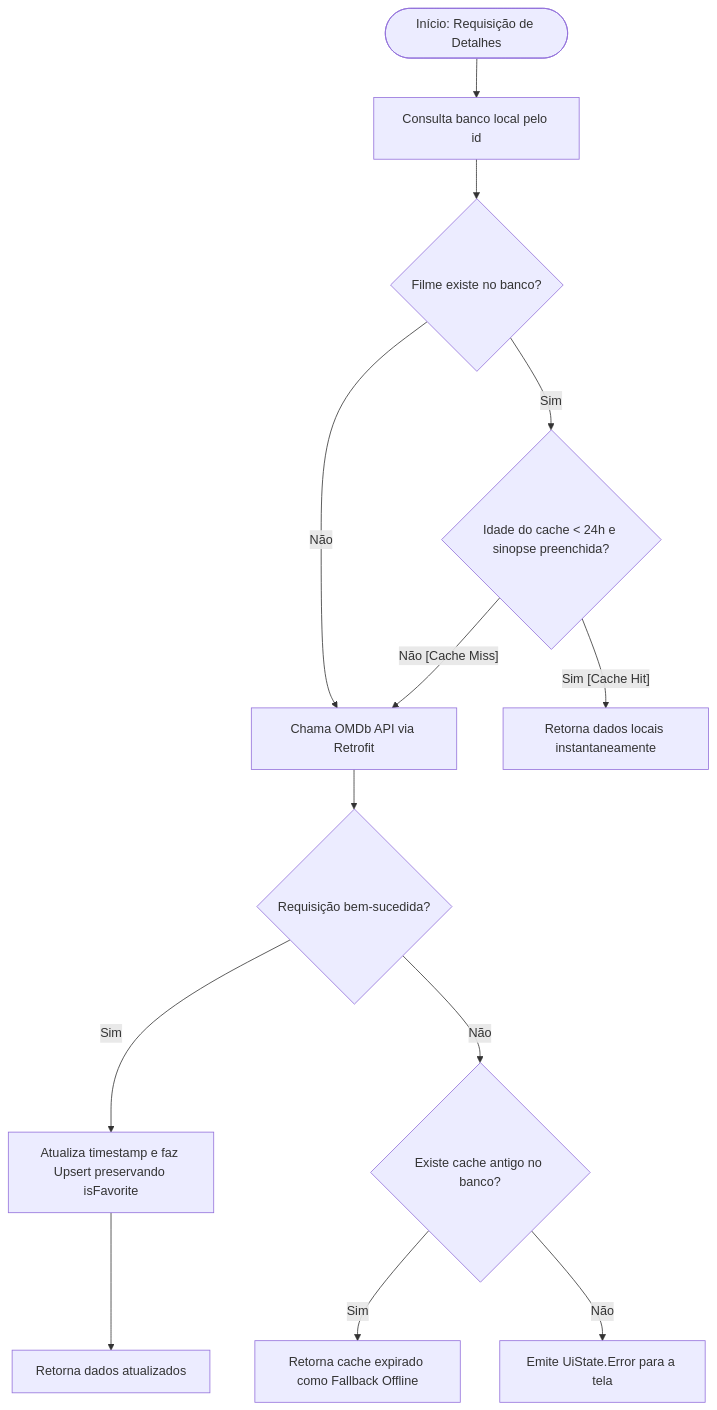
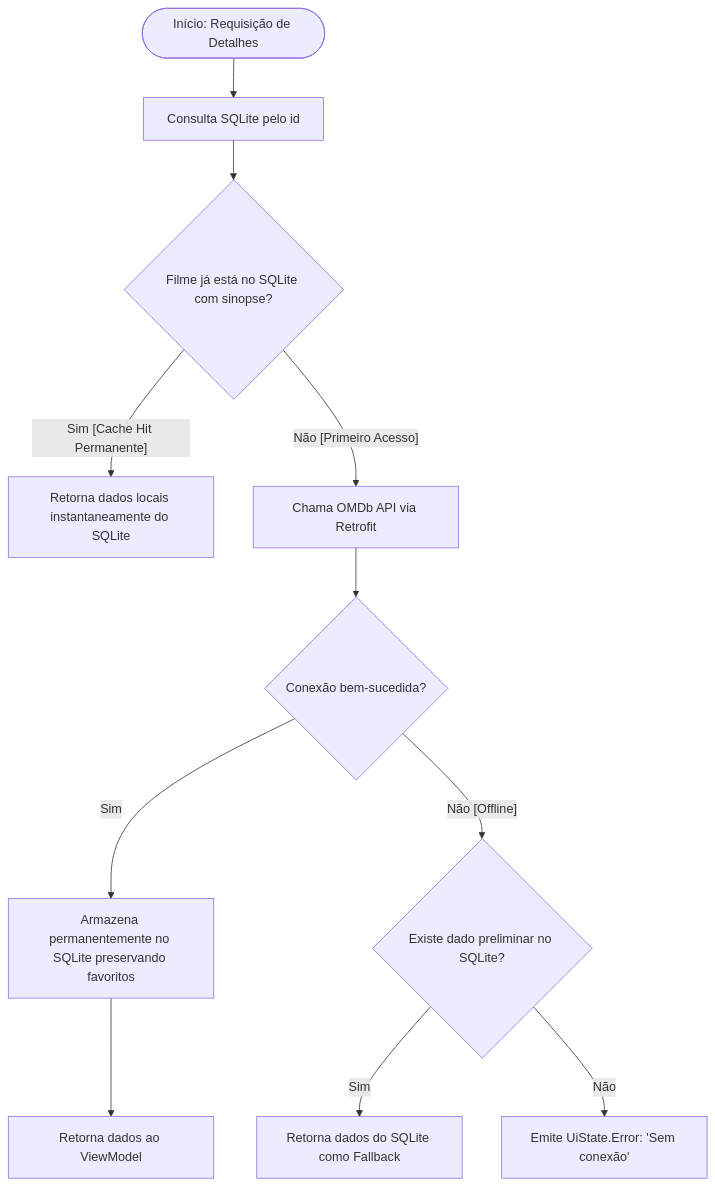
Before and after one commit to madsondecarvalho/uern-unidade3-programacao-de-dispositivos-moveis-2026.2: the diagram in docs/caching_strategy.md, drawn with Mermaid. The commit also changed other lines of this file and 31 other files, not shown here.

````diff
--- a/docs/caching_strategy.md
+++ b/docs/caching_strategy.md
@@ -88,19 +107,16 @@
 ```mermaid
 flowchart TD
-    Start([Início: Requisição de Detalhes]) --> CheckDB[Consulta banco local pelo id]
-    CheckDB --> Exists{Filme existe no banco?}
+    Start([Início: Requisição de Detalhes]) --> CheckDB[Consulta SQLite pelo id]
+    CheckDB --> Exists{Filme já está no SQLite com sinopse?}
     
-    Exists -- Não --> FetchAPI[Chama OMDb API via Retrofit]
-    Exists -- Sim --> CheckTime{Idade do cache < 24h e sinopse preenchida?}
+    Exists -- Sim [Cache Hit Permanente] --> ReturnLocal[Retorna dados locais instantaneamente do SQLite]
+    Exists -- Não [Primeiro Acesso] --> FetchAPI[Chama OMDb API via Retrofit]
     
-    CheckTime -- Sim [Cache Hit] --> ReturnLocal[Retorna dados locais instantaneamente]
-    CheckTime -- Não [Cache Miss] --> FetchAPI
+    FetchAPI --> NetworkOK{Conexão bem-sucedida?}
+    NetworkOK -- Sim --> UpsertDB[Armazena permanentemente no SQLite preservando favoritos]
+    UpsertDB --> ReturnUpdated[Retorna dados ao ViewModel]
     
-    FetchAPI --> NetworkOK{Requisição bem-sucedida?}
-    NetworkOK -- Sim --> UpsertDB[Atualiza timestamp e faz Upsert preservando isFavorite]
-    UpsertDB --> ReturnUpdated[Retorna dados atualizados]
-    
-    NetworkOK -- Não --> Fallback{Existe cache antigo no banco?}
-    Fallback -- Sim --> ReturnFallback[Retorna cache expirado como Fallback Offline]
-    Fallback -- Não --> ThrowError[Emite UiState.Error para a tela]
+    NetworkOK -- Não [Offline] --> Fallback{Existe dado preliminar no SQLite?}
+    Fallback -- Sim --> ReturnFallback[Retorna dados do SQLite como Fallback]
+    Fallback -- Não --> ThrowError[Emite UiState.Error: 'Sem conexão']
 ```
````
